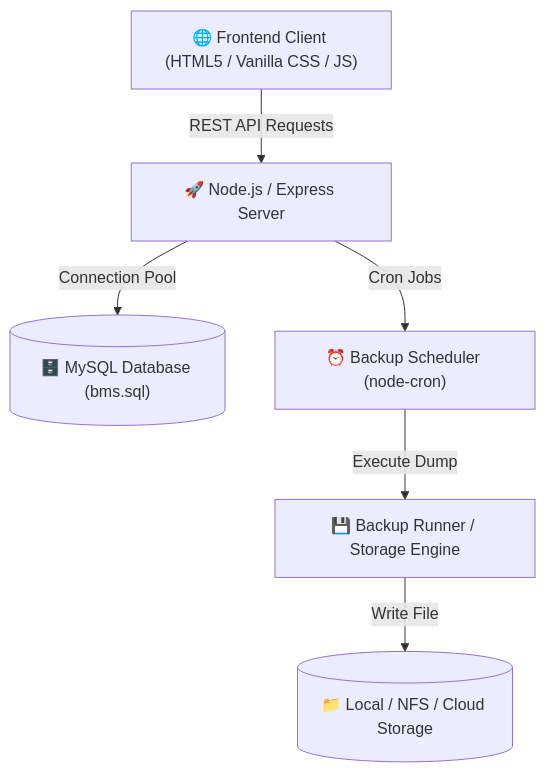
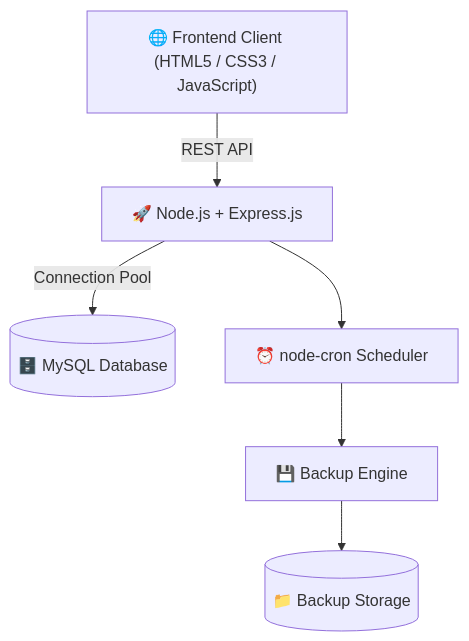
One commit to milandhal/Backup-Monitoring-System changed the diagram in README.md. Above: the diagram before and after it, drawn with Mermaid. The commit also changed other lines of this file, not shown here.

````diff
--- a/README.md
+++ b/README.md
@@ -27,8 +79,8 @@
 ```mermaid
 flowchart TD
-    Client["🌐 Frontend Client (HTML5 / Vanilla CSS / JS)"] -->|REST API Requests| API["🚀 Node.js / Express Server"]
-    API -->|Connection Pool| DB[("🗄️ MySQL Database (bms.sql)")]
-    API -->|Cron Jobs| Scheduler["⏰ Backup Scheduler (node-cron)"]
-    Scheduler -->|Execute Dump| Runner["💾 Backup Runner / Storage Engine"]
-    Runner -->|Write File| Storage[("📁 Local / NFS / Cloud Storage")]
+    Client["🌐 Frontend Client (HTML5 / CSS3 / JavaScript)"] -->|REST API| API["🚀 Node.js + Express.js"]
+    API -->|Connection Pool| DB[("🗄️ MySQL Database")]
+    API --> Scheduler["⏰ node-cron Scheduler"]
+    Scheduler --> Runner["💾 Backup Engine"]
+    Runner --> Storage[("📁 Backup Storage")]
 ```
````
